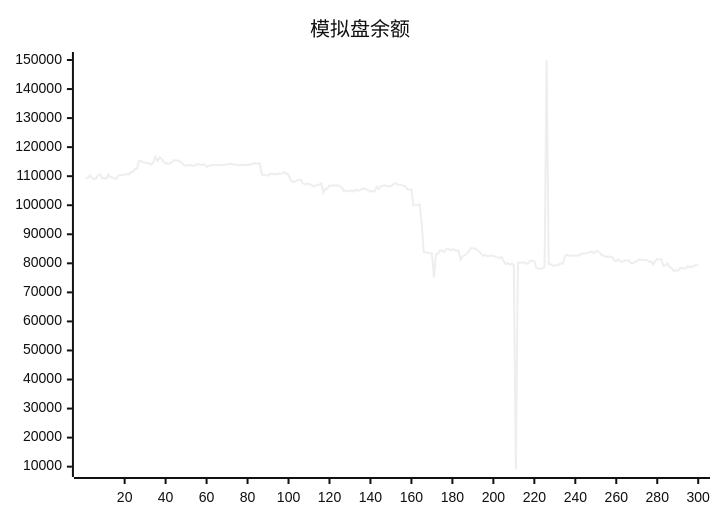
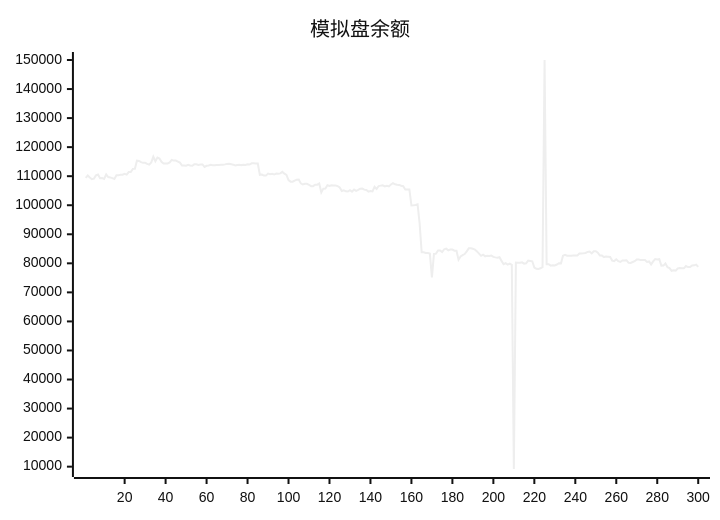
The diagram in README.md (aahl/ai-trading), drawn with Mermaid (neutral theme) before and after one commit. The commit also changed other lines of this file and 1 other file, not shown here.

````diff
--- a/README.md
+++ b/README.md
@@ -5,5 +5,5 @@
 ```mermaid
 xychart
     title "模拟盘余额"
-    line [109162,109419,110224,109539,108945,109172,110262,110546,109304,109343,109053,110606,109702,109584,109337,109071,110342,110342,110488,110488,110814,110531,111421,111421,112518,112522,115341,115266,114830,114584,114588,114231,113973,114726,116697,115160,116423,116083,114950,114365,114365,114388,114730,115582,115358,115358,115032,114686,113688,113688,113610,113930,113672,113585,114083,114074,113840,113996,114051,113208,113593,113701,113901,113794,113784,113810,113848,113927,113929,114064,114232,114293,114144,113960,113698,113853,113942,113812,113908,113877,114091,113998,114427,114422,114384,114384,110477,110576,110198,110198,110890,110712,110812,110569,110929,110847,110968,111478,110870,110433,108661,108116,108115,108485,108797,108877,107536,107134,107393,107393,107046,106565,106565,107081,107081,107478,104404,105715,105749,106866,106651,106889,106771,106816,106565,106141,104876,105103,104796,104734,105169,104690,105380,104941,105272,105709,105739,105374,105227,104691,104924,104762,106364,105628,106608,106748,106872,106485,106721,106468,107132,107620,107224,107080,107001,106717,106567,105431,105431,105440,99950,100017,100113,100337,93749,83795,83807,83567,83567,83342,75168,83222,83336,84448,84449,83896,84839,85065,84499,84757,84757,84364,84347,81254,82385,82835,83184,84099,85150,85150,85002,84751,84096,83356,82582,82983,82404,82572,82512,82688,82200,82047,81920,82125,80840,79688,80060,79552,79920,79470,9193,80236,80208,80170,80336,79894,80006,80954,80837,80712,78561,78139,78037,78293,78682,150000,79720,79720,79214,79372,79279,79591,80046,79993,82625,82950,82626,82571,82633,82670,82670,82681,83386,83378,83464,83579,83920,84037,83402,84160,84142,83652,82655,82655,82145,82315,82243,82163,80934,80770,81371,80742,80468,80989,80989,81067,80191,80155,80450,80737,81309,81309,81106,81119,81119,80471,80631,79624,80670,81448,81290,81429,79212,79222,79940,78643,78380,77432,77623,77504,78235,78358,78284,78277,79048,78714,78714,79290,79308,79567]
+    line [109419,110224,109539,108945,109172,110262,110546,109304,109343,109053,110606,109702,109584,109337,109071,110342,110342,110488,110488,110814,110531,111421,111421,112518,112522,115341,115266,114830,114584,114588,114231,113973,114726,116697,115160,116423,116083,114950,114365,114365,114388,114730,115582,115358,115358,115032,114686,113688,113688,113610,113930,113672,113585,114083,114074,113840,113996,114051,113208,113593,113701,113901,113794,113784,113810,113848,113927,113929,114064,114232,114293,114144,113960,113698,113853,113942,113812,113908,113877,114091,113998,114427,114422,114384,114384,110477,110576,110198,110198,110890,110712,110812,110569,110929,110847,110968,111478,110870,110433,108661,108116,108115,108485,108797,108877,107536,107134,107393,107393,107046,106565,106565,107081,107081,107478,104404,105715,105749,106866,106651,106889,106771,106816,106565,106141,104876,105103,104796,104734,105169,104690,105380,104941,105272,105709,105739,105374,105227,104691,104924,104762,106364,105628,106608,106748,106872,106485,106721,106468,107132,107620,107224,107080,107001,106717,106567,105431,105431,105440,99950,100017,100113,100337,93749,83795,83807,83567,83567,83342,75168,83222,83336,84448,84449,83896,84839,85065,84499,84757,84757,84364,84347,81254,82385,82835,83184,84099,85150,85150,85002,84751,84096,83356,82582,82983,82404,82572,82512,82688,82200,82047,81920,82125,80840,79688,80060,79552,79920,79470,9193,80236,80208,80170,80336,79894,80006,80954,80837,80712,78561,78139,78037,78293,78682,150000,79720,79720,79214,79372,79279,79591,80046,79993,82625,82950,82626,82571,82633,82670,82670,82681,83386,83378,83464,83579,83920,84037,83402,84160,84142,83652,82655,82655,82145,82315,82243,82163,80934,80770,81371,80742,80468,80989,80989,81067,80191,80155,80450,80737,81309,81309,81106,81119,81119,80471,80631,79624,80670,81448,81290,81429,79212,79222,79940,78643,78380,77432,77623,77504,78235,78358,78284,78277,79048,78714,78714,79290,79308,79567,78763]
 ```
````
